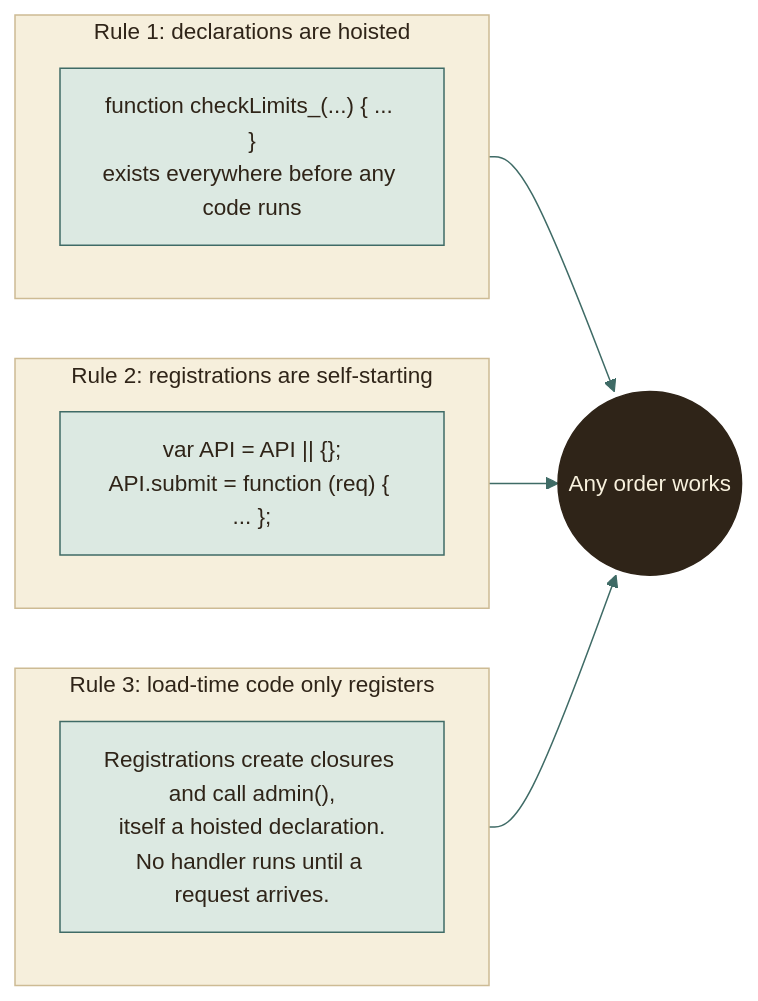
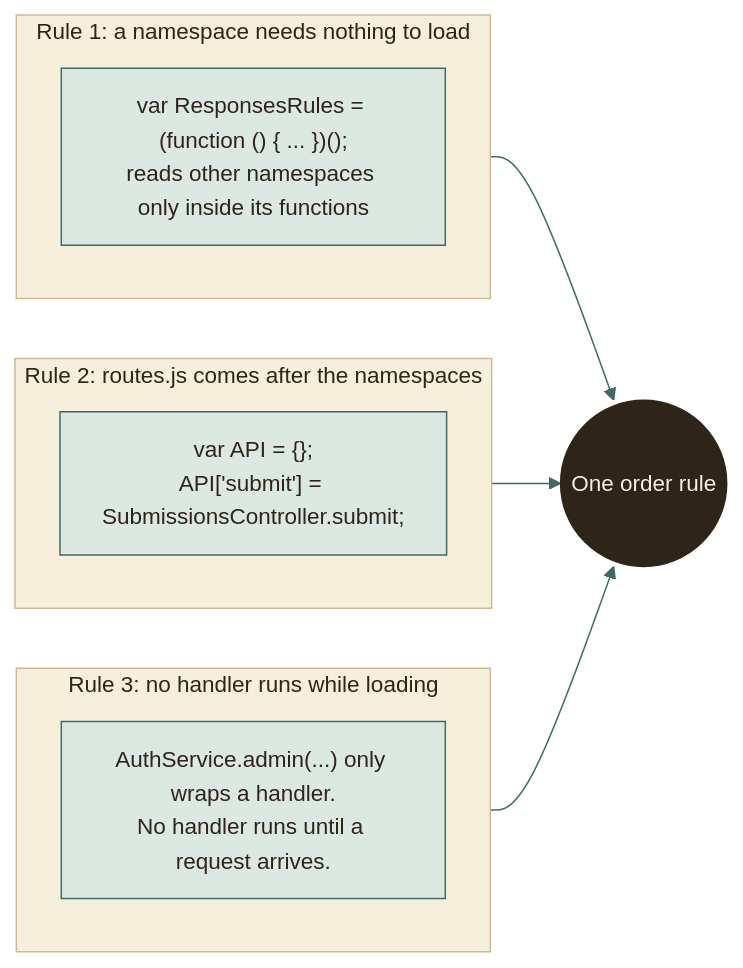
The second of 4 diagrams in docs/architecture/BUILD-PIPELINE.md (moyeh04/forms-platform), drawn with Mermaid before and after one commit. The commit also changed other lines of this file and 3 other files, not shown here.

First line of the commit message:
docs: Describe the backend namespaces and the routes table

````diff
--- a/docs/architecture/BUILD-PIPELINE.md
+++ b/docs/architecture/BUILD-PIPELINE.md
@@ -121,44 +121,44 @@
 ```mermaid
 %%{init: {
   'theme': 'base',
   'themeVariables': {
     'fontFamily': 'ui-sans-serif, system-ui, -apple-system, Segoe UI, Roboto, sans-serif',
     'fontSize': '15px',
     'primaryColor': '#DCE9E2', 'primaryBorderColor': '#3F6B66', 'primaryTextColor': '#2F2418',
     'secondaryColor': '#F0E4C8', 'secondaryBorderColor': '#C9A24A', 'secondaryTextColor': '#2F2418',
     'tertiaryColor': '#F6EFDC', 'tertiaryBorderColor': '#CDBB94', 'tertiaryTextColor': '#2F2418',
     'lineColor': '#3F6B66', 'textColor': '#2F2418', 'mainBkg': '#DCE9E2', 'nodeBorder': '#3F6B66',
     'clusterBkg': '#F6EFDC', 'clusterBorder': '#CDBB94', 'titleColor': '#2F2418',
     'edgeLabelBackground': '#F8F1DD',
     'actorBkg': '#DCE9E2', 'actorBorder': '#3F6B66', 'actorTextColor': '#2F2418', 'actorLineColor': '#8FB3AB',
     'signalColor': '#477A73', 'signalTextColor': '#477A73',
     'labelBoxBkgColor': '#F0E4C8', 'labelBoxBorderColor': '#C9A24A', 'labelTextColor': '#2F2418', 'loopTextColor': '#6A5A44',
     'noteBkgColor': '#FBEFC9', 'noteBorderColor': '#C9A24A', 'noteTextColor': '#2F2418',
     'activationBkgColor': '#DCE9E2', 'activationBorderColor': '#3F6B66', 'sequenceNumberColor': '#F8F1DD',
     'transitionColor': '#3F6B66', 'stateLabelColor': '#2F2418', 'stateBkg': '#DCE9E2', 'altBackground': '#F6EFDC',
     'attributeBackgroundColorOdd': '#F8F1DD', 'attributeBackgroundColorEven': '#F0E4C8'
   },
   'flowchart': {'curve': 'basis', 'padding': 14, 'nodeSpacing': 40, 'rankSpacing': 46},
   'sequence': {'mirrorActors': false, 'messageMargin': 34, 'boxMargin': 8}
 }}%%
 flowchart LR
-    subgraph rule1["Rule 1: declarations are hoisted"]
-        fn["function checkLimits_(...) { ... }<br/>exists everywhere before any code runs"]
+    subgraph rule1["Rule 1: a namespace needs nothing to load"]
+        fn["var ResponsesRules = (function () { ... })();<br/>reads other namespaces only inside its functions"]
     end
-    subgraph rule2["Rule 2: registrations are self-starting"]
-        reg["var API = API || {};<br/>API.submit = function (req) { ... };"]
+    subgraph rule2["Rule 2: routes.js comes after the namespaces"]
+        reg["var API = {};<br/>API['submit'] = SubmissionsController.submit;"]
     end
-    subgraph rule3["Rule 3: load-time code only registers"]
-        none["Registrations create closures and call admin(),<br/>itself a hoisted declaration.<br/>No handler runs until a request arrives."]
+    subgraph rule3["Rule 3: no handler runs while loading"]
+        none["AuthService.admin(...) only wraps a handler.<br/>No handler runs until a request arrives."]
     end
-    rule1 --> ok(("Any order works"))
+    rule1 --> ok(("One order rule"))
     rule2 --> ok
     rule3 --> ok
     classDef cDb fill:#F3E2B3,stroke:#B8892D,stroke-width:1.5px,color:#2F2418
     classDef cActor fill:#F4D9D3,stroke:#9A3328,stroke-width:1.5px,color:#2F2418
     classDef cDec fill:#FBEFC9,stroke:#C9A24A,stroke-width:1.5px,color:#2F2418
     classDef cEnd fill:#2F2418,stroke:#2F2418,color:#F8F1DD
     classDef cErr fill:#F6D5CF,stroke:#A12B1F,stroke-width:1.5px,color:#5A140C
     classDef cOk fill:#BFD9CF,stroke:#2E5A55,stroke-width:1.5px,color:#17302D
     class ok cEnd
 ```
````
